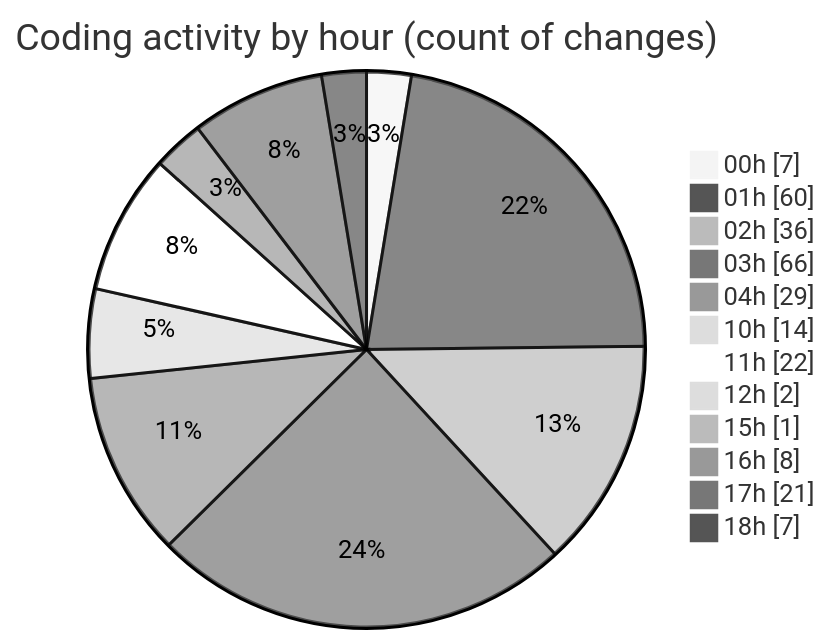
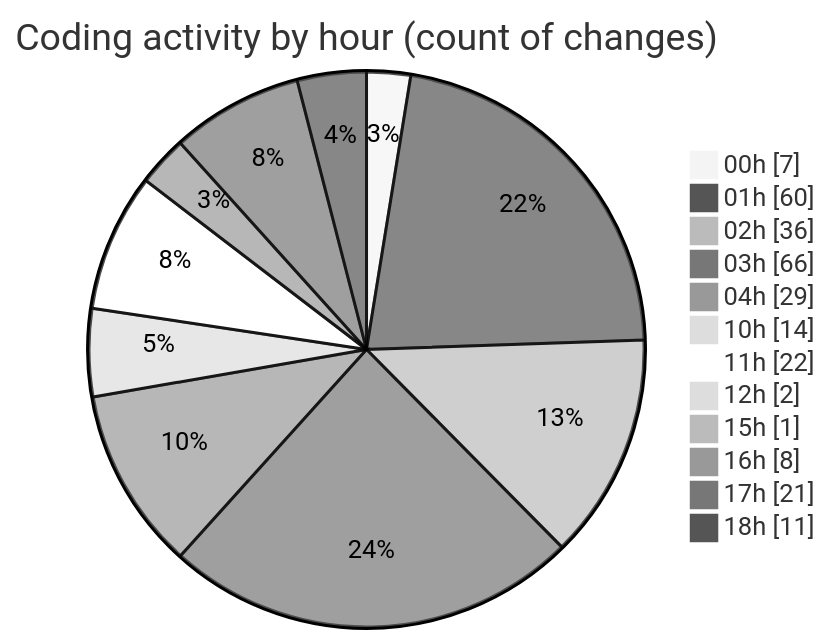
Before and after one commit to julien-gomy/code-tracking: the second of 2 diagrams in 2025-10-07/eventscop-frontend-guide__workspace_/README.md, drawn with Mermaid (neutral theme). The commit also changed other lines of this file and 1 other file, not shown here.

````diff
--- a/2025-10-07/eventscop-frontend-guide__workspace_/README.md
+++ b/2025-10-07/eventscop-frontend-guide__workspace_/README.md
@@ -108,16 +108,16 @@
 ```mermaid
 pie showData
 title Coding activity by hour (count of changes)
 "00h" : 7
 "01h" : 60
 "02h" : 36
 "03h" : 66
 "04h" : 29
 "10h" : 14
 "11h" : 22
 "12h" : 2
 "15h" : 1
 "16h" : 8
 "17h" : 21
-"18h" : 7
+"18h" : 11
 ```
````
